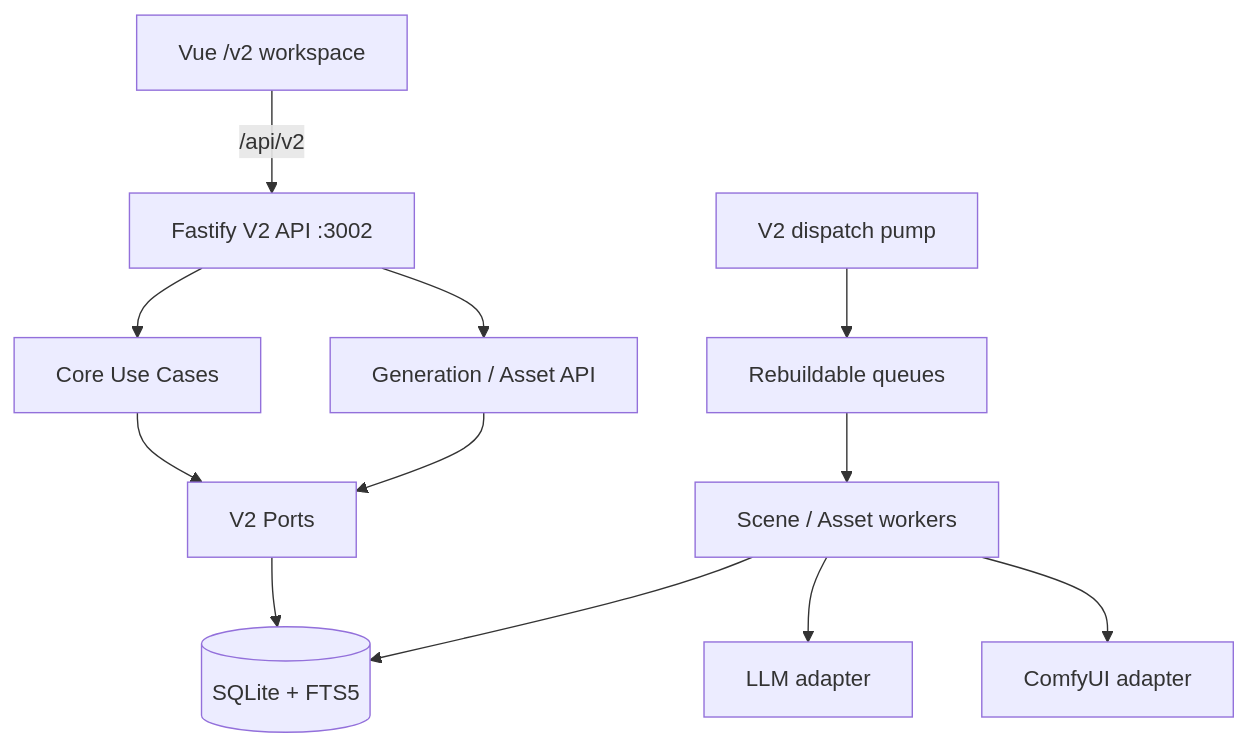
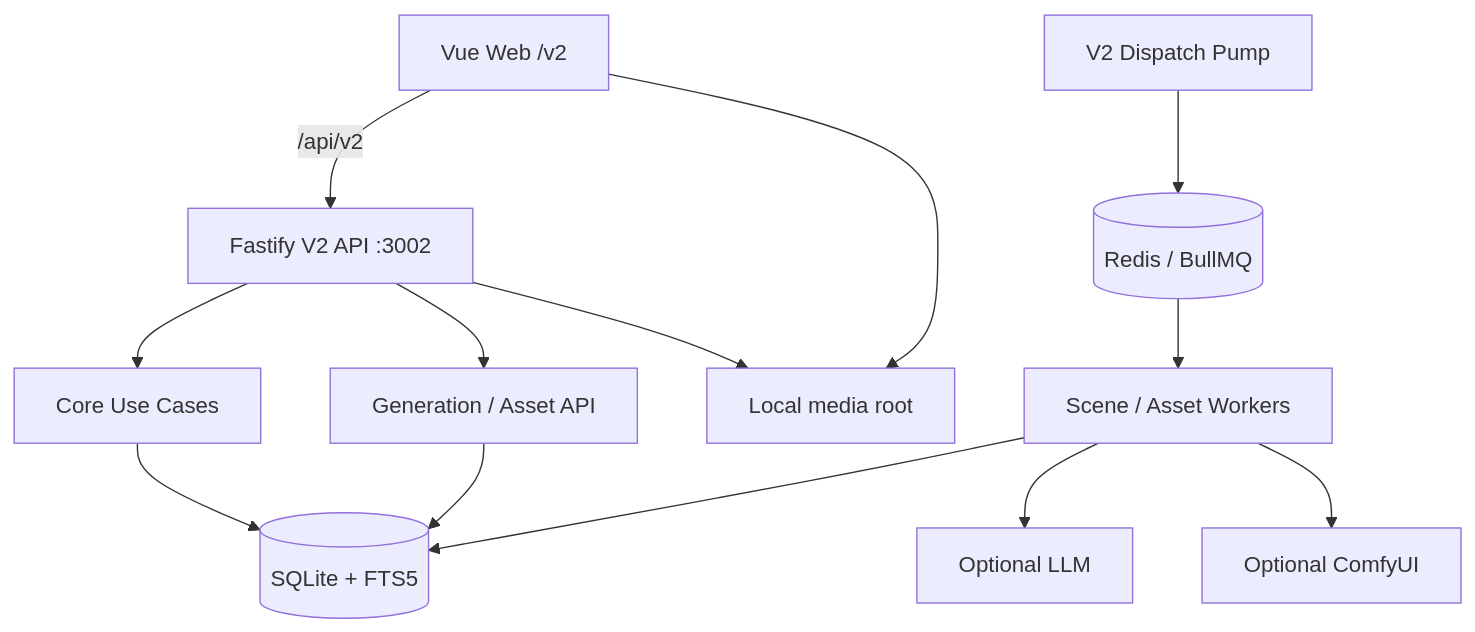
Before and after one commit to lark-x/GameStart: the diagram in docs/architecture.md, drawn with Mermaid. The commit also changed other lines of this file and 122 other files, not shown here.

````diff
--- a/docs/architecture.md
+++ b/docs/architecture.md
@@ -52,14 +18,15 @@
 ```mermaid
 flowchart TD
-    V2Web["Vue /v2 workspace"] -->|"/api/v2"| V2Api["Fastify V2 API :3002"]
-    V2Api --> Core["Core Use Cases"]
-    V2Api --> Generation["Generation / Asset API"]
-    Core --> Ports["V2 Ports"]
-    Generation --> Ports
-    Ports --> SQLite[("SQLite + FTS5")]
-    Pump["V2 dispatch pump"] --> Queue["Rebuildable queues"]
-    Queue --> Workers["Scene / Asset workers"]
-    Workers --> LLM2["LLM adapter"]
-    Workers --> Comfy2["ComfyUI adapter"]
+    Web["Vue Web /v2"] -->|"/api/v2"| API["Fastify V2 API :3002"]
+    API --> Core["Core Use Cases"]
+    API --> Generation["Generation / Asset API"]
+    Core --> SQLite[("SQLite + FTS5")]
+    Generation --> SQLite
+    Pump["V2 Dispatch Pump"] --> Redis[("Redis / BullMQ")]
+    Redis --> Workers["Scene / Asset Workers"]
     Workers --> SQLite
+    Workers --> LLM["Optional LLM"]
+    Workers --> Comfy["Optional ComfyUI"]
+    API --> Media["Local media root"]
+    Web --> Media
 ```
````
